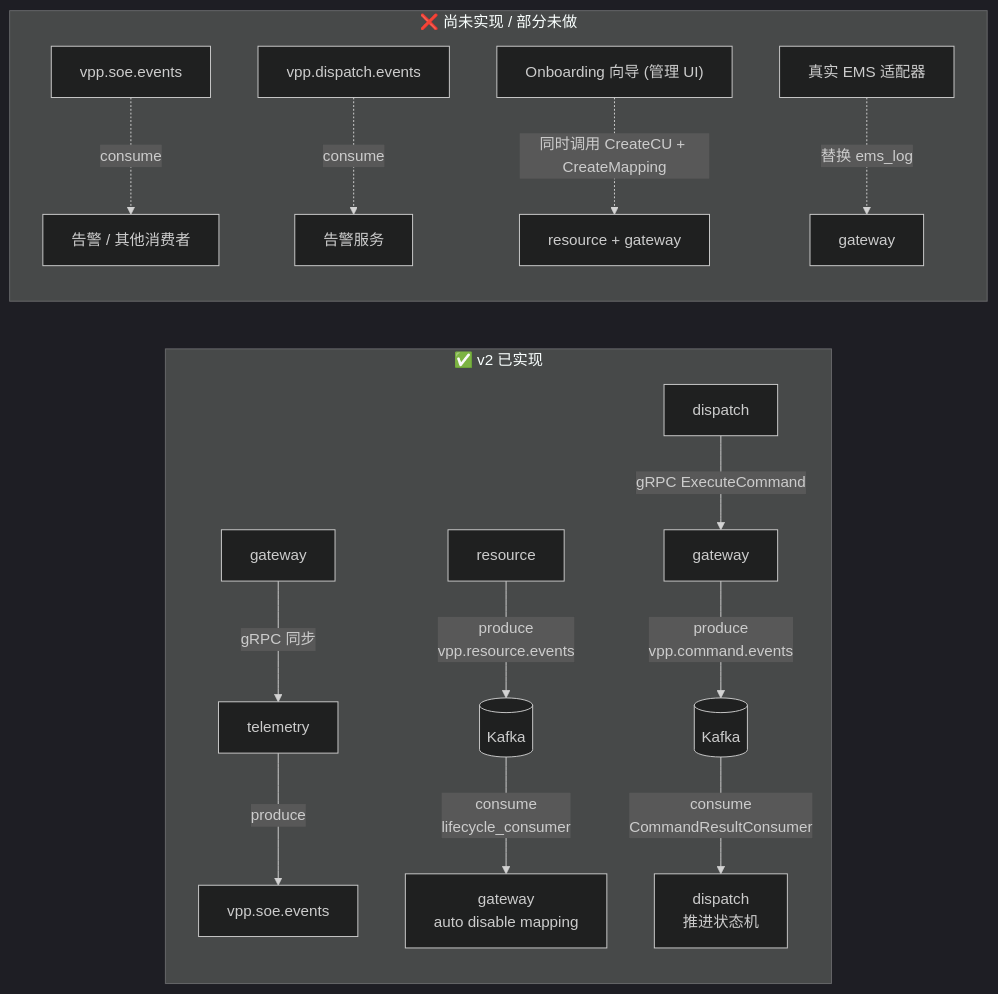
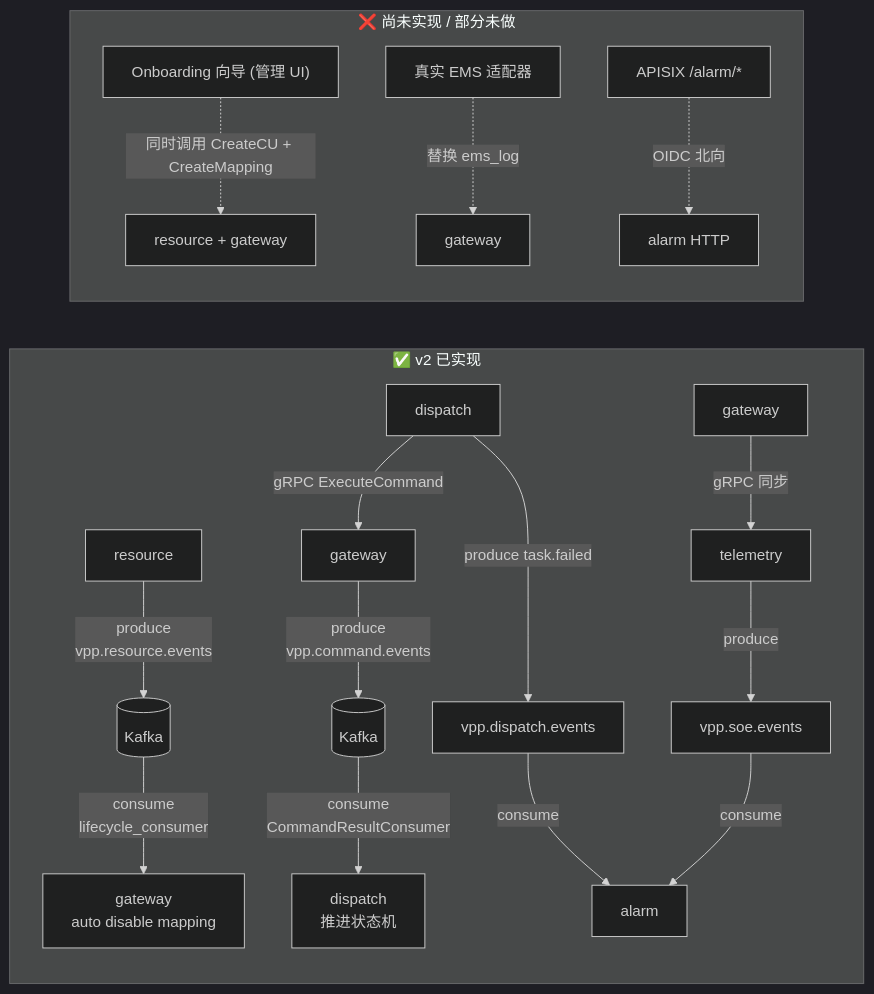
One commit to mushroomyuan/vpp-backend changed the second of 2 diagrams in architecture.md. Above: the diagram before and after it, drawn with Mermaid (dark theme). The commit also changed other lines of this file and 95 other files, not shown here.

First line of the commit message:
feat(alarm): add vpp-alarm for task.failed and SOE ingest

````diff
--- a/architecture.md
+++ b/architecture.md
@@ -170,35 +194,39 @@
 ```mermaid
 
 flowchart LR
 
     subgraph Implemented["✅ v2 已实现"]
 
         G1[gateway] -->|gRPC 同步| T1[telemetry]
 
         T1 -->|produce| K1["vpp.soe.events"]
 
         R2[resource] -->|produce<br/>vpp.resource.events| K2[("Kafka")]
 
         K2 -->|consume<br/>lifecycle_consumer| G2[gateway<br/>auto disable mapping]
 
         D1[dispatch] -->|gRPC ExecuteCommand| G3[gateway]
 
         G3 -->|produce<br/>vpp.command.events| K3[("Kafka")]
 
         K3 -->|consume<br/>CommandResultConsumer| D2[dispatch<br/>推进状态机]
 
+        K1 -->|consume| A1[alarm]
+
+        D1 -->|produce task.failed| K5["vpp.dispatch.events"]
+
+        K5 -->|consume| A1
+
     end
 
     subgraph Future["❌ 尚未实现 / 部分未做"]
-
-        K4["vpp.soe.events"] -.->|consume| Alert[告警 / 其他消费者]
-
-        K5["vpp.dispatch.events"] -.->|consume| Alert2[告警服务]
 
         OnboardingUI["Onboarding 向导 (管理 UI)"] -.->|同时调用 CreateCU + CreateMapping| Both["resource + gateway"]
 
         RealEMS["真实 EMS 适配器"] -.->|替换 ems_log| G4[gateway]
 
+        AlarmAPI["APISIX /alarm/*"] -.->|OIDC 北向| A2[alarm HTTP]
+
     end
 
 ```
````
